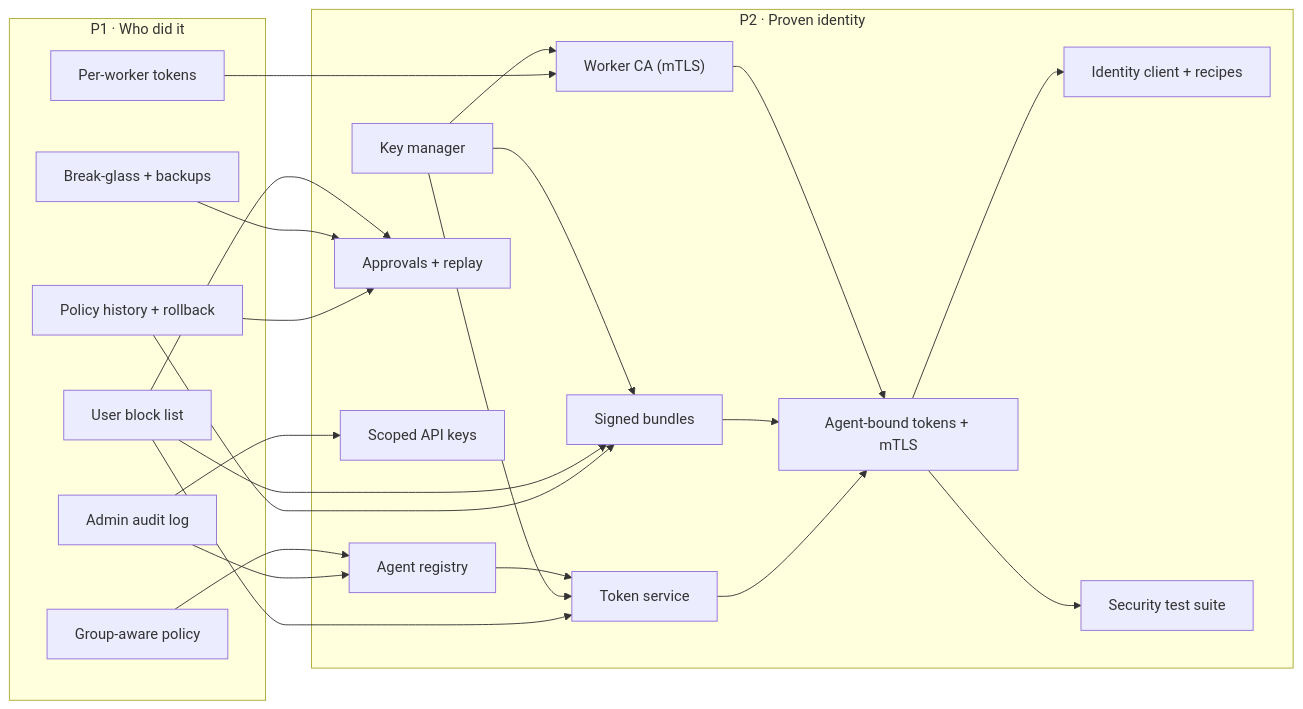
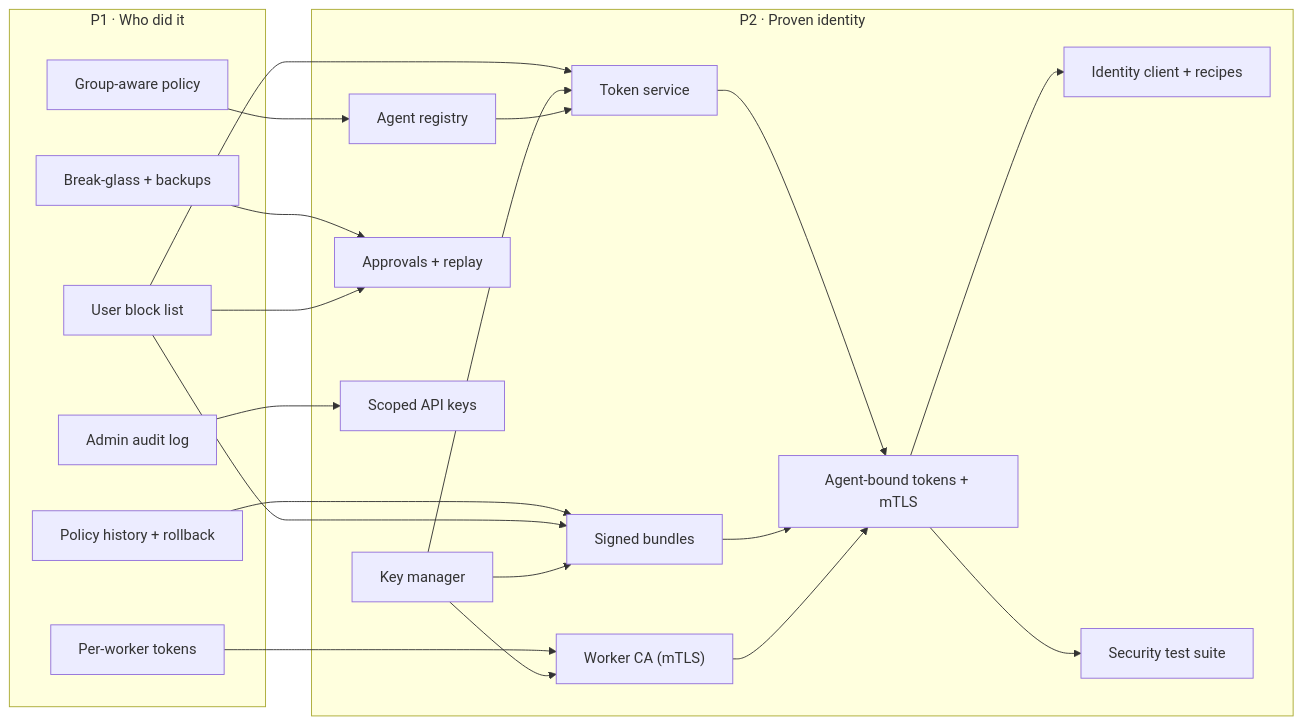
One commit to ethosagent/warden changed the second of 5 diagrams in docs/roadmap/README.md. Above: the diagram before and after it, drawn with Mermaid. The commit also changed other lines of this file and 17 other files, not shown here.

First line of the commit message:
docs(roadmap): review Phase 1 tickets with requirements, plans and acceptance

````diff
--- a/docs/roadmap/README.md
+++ b/docs/roadmap/README.md
@@ -87,42 +89,40 @@
 ```mermaid
 flowchart LR
   subgraph ph1["P1 · Who did it"]
     p1_admin_audit["Admin audit log"]
     p1_policy_history["Policy history + rollback"]
+    p1_worker_tokens["Per-worker tokens"]
     p1_block_list["User block list"]
-    p1_worker_tokens["Per-worker tokens"]
     p1_breakglass["Break-glass + backups"]
     p1_group_policy["Group-aware policy"]
   end
   subgraph ph2["P2 · Proven identity"]
     p2_agent_registry["Agent registry"]
     p2_key_manager["Key manager"]
     p2_token_service["Token service"]
     p2_worker_ca["Worker CA (mTLS)"]
     p2_signed_bundles["Signed bundles"]
     p2_approvals["Approvals + replay"]
     p2_api_keys["Scoped API keys"]
     p2_worker_bound["Agent-bound tokens + mTLS"]
     p2_recipes["Identity client + recipes"]
     p2_security_tests["Security test suite"]
   end
-  p1_admin_audit --> p2_agent_registry
   p1_group_policy --> p2_agent_registry
   p1_block_list --> p2_token_service
   p2_key_manager --> p2_token_service
   p2_agent_registry --> p2_token_service
   p1_worker_tokens --> p2_worker_ca
   p2_key_manager --> p2_worker_ca
   p1_policy_history --> p2_signed_bundles
   p1_block_list --> p2_signed_bundles
   p2_key_manager --> p2_signed_bundles
-  p1_policy_history --> p2_approvals
   p1_breakglass --> p2_approvals
   p1_block_list --> p2_approvals
   p1_admin_audit --> p2_api_keys
   p2_token_service --> p2_worker_bound
   p2_signed_bundles --> p2_worker_bound
   p2_worker_ca --> p2_worker_bound
   p2_worker_bound --> p2_recipes
   p2_worker_bound --> p2_security_tests
 ```
````
